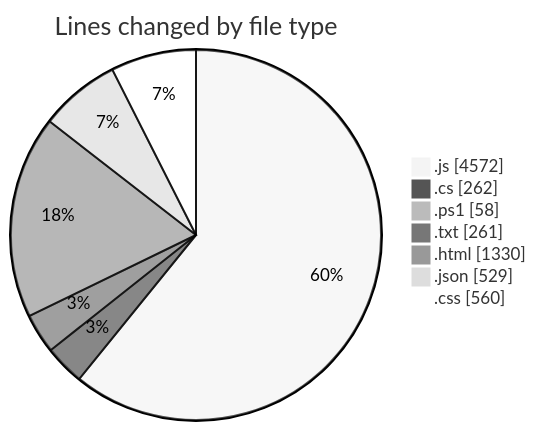
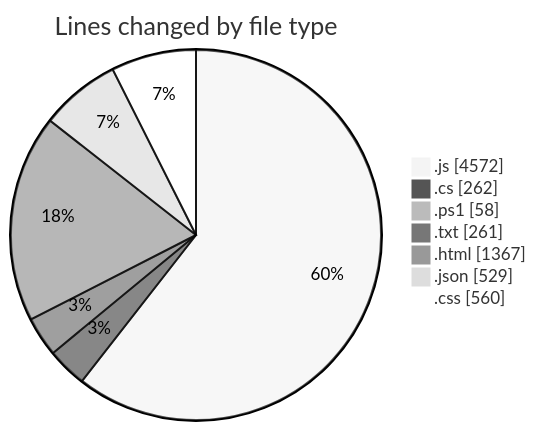
One commit to becaeroporto-bot/code-tracking changed the first of 2 diagrams in 2026-02-17/bot_v1_2/README.md. Above: the diagram before and after it, drawn with Mermaid (neutral theme). The commit also changed other lines of this file and 1 other file, not shown here.

````diff
--- a/2026-02-17/bot_v1_2/README.md
+++ b/2026-02-17/bot_v1_2/README.md
@@ -38,11 +38,11 @@
 ```mermaid
 pie showData
 title Lines changed by file type
 ".js" : 4572
 ".cs" : 262
 ".ps1" : 58
 ".txt" : 261
-".html" : 1330
+".html" : 1367
 ".json" : 529
 ".css" : 560
 ```
````
